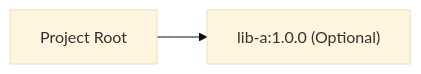
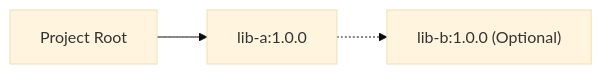
The diagram in demos/sbt-demo/scenario-8-optional/guide.qmd (JavaDependencyHell/fieldguide), drawn with Mermaid (base theme) before and after one commit. The commit also changed other lines of this file and 46 other files, not shown here.

````diff
--- a/demos/sbt-demo/scenario-8-optional/guide.qmd
+++ b/demos/sbt-demo/scenario-8-optional/guide.qmd
@@ -6,5 +7,6 @@
 ```{mermaid}
 %%| fig-width: 4.4
 graph LR
-    Root[Project Root] --> LibA["lib-a:1.0.0 (Optional)"]
+    Root[Project Root] --> LibA["lib-a:1.0.0"]
+    LibA -.-> LibB["lib-b:1.0.0 (Optional)"]
 ```
````
